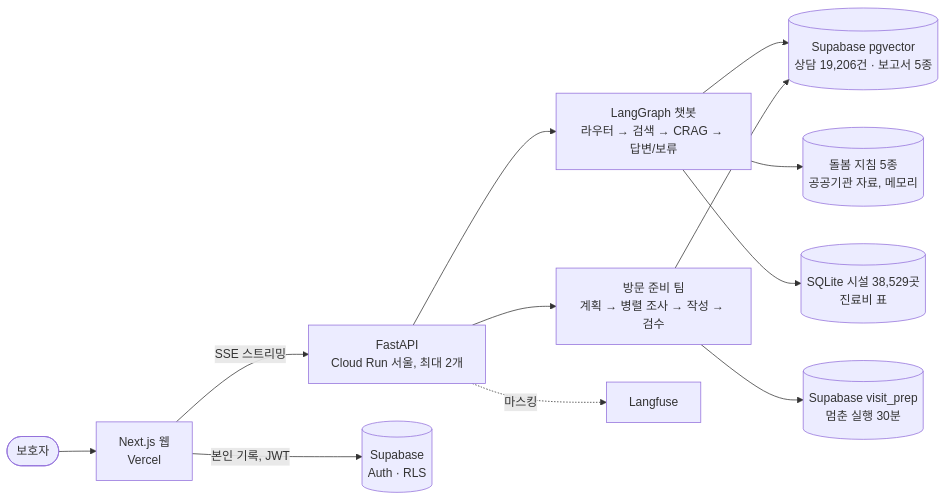
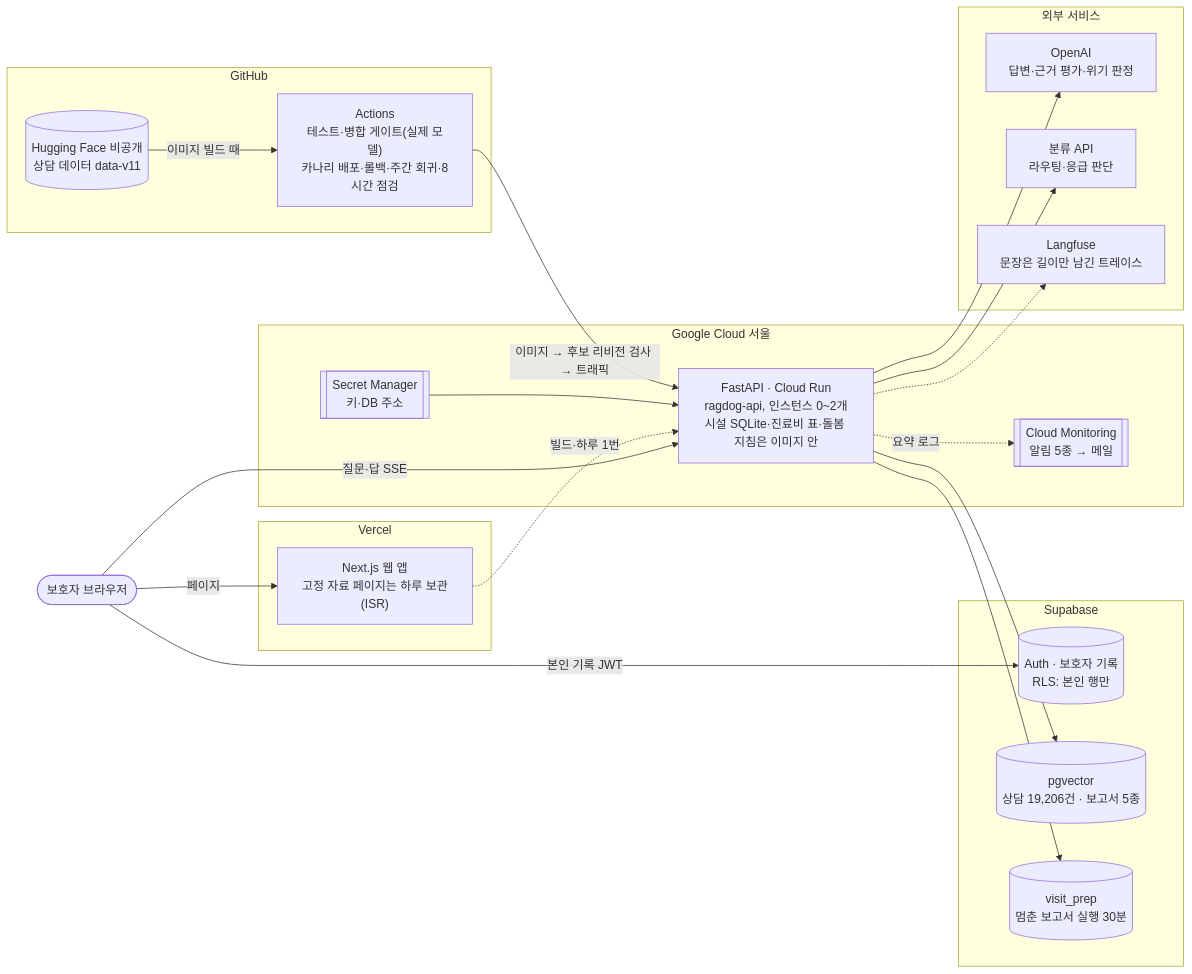
One commit to rndigkwk/dograg changed the first of 2 diagrams in README.md. Above: the diagram before and after it, drawn with Mermaid. The commit also changed other lines of this file, not shown here.

Commit message:
docs(readme): the whole system and the API's rails and graph as two diagrams

````diff
--- a/README.md
+++ b/README.md
@@ -40,14 +42,39 @@
 ```mermaid
 flowchart LR
-  U([보호자]) --> W[Next.js 웹<br/>Vercel]
-  W -->|SSE 스트리밍| A[FastAPI<br/>Cloud Run 서울, 최대 2개]
-  W -->|본인 기록, JWT| S[(Supabase<br/>Auth · RLS)]
-  A --> G[LangGraph 챗봇<br/>라우터 → 검색 → CRAG → 답변/보류]
-  A --> T[방문 준비 팀<br/>계획 → 병렬 조사 → 작성 → 검수]
-  G --> V[(Supabase pgvector<br/>상담 19,206건 · 보고서 5종)]
-  G --> D[(돌봄 지침 5종<br/>공공기관 자료, 메모리)]
-  G --> P[(SQLite 시설 38,529곳<br/>진료비 표)]
-  T --> V
-  T --> C[(Supabase visit_prep<br/>멈춘 실행 30분)]
-  A -. 마스킹 .-> L[Langfuse]
+  U(["보호자 브라우저"])
+  subgraph VERCEL["Vercel"]
+    W["Next.js 웹 앱<br/>고정 자료 페이지는 하루 보관(ISR)"]
+  end
+  subgraph GCP["Google Cloud 서울"]
+    A["FastAPI · Cloud Run<br/>ragdog-api, 인스턴스 0~2개<br/>시설 SQLite·진료비 표·돌봄 지침은 이미지 안"]
+    SM[["Secret Manager<br/>키·DB 주소"]]
+    MON[["Cloud Monitoring<br/>알림 5종 → 메일"]]
+  end
+  subgraph SB["Supabase"]
+    AU[("Auth · 보호자 기록<br/>RLS: 본인 행만")]
+    PG[("pgvector<br/>상담 19,206건 · 보고서 5종")]
+    VP[("visit_prep<br/>멈춘 보고서 실행 30분")]
+  end
+  subgraph EXT["외부 서비스"]
+    OAI["OpenAI<br/>답변·근거 평가·위기 판정"]
+    DEC["분류 API<br/>라우팅·응급 판단"]
+    LF["Langfuse<br/>문장은 길이만 남긴 트레이스"]
+  end
+  subgraph GH["GitHub"]
+    GA["Actions<br/>테스트·병합 게이트(실제 모델)<br/>카나리 배포·롤백·주간 회귀·8시간 점검"]
+    HF[("Hugging Face 비공개<br/>상담 데이터 data-v11")]
+  end
+  U -->|"페이지"| W
+  U -->|"질문·답 SSE"| A
+  U -->|"본인 기록 JWT"| AU
+  W -.->|"빌드·하루 1번"| A
+  A --> PG
+  A --> VP
+  A --> OAI
+  A --> DEC
+  A -.-> LF
+  SM --> A
+  A -.->|"요약 로그"| MON
+  HF -->|"이미지 빌드 때"| GA
+  GA -->|"이미지 → 후보 리비전 검사 → 트래픽"| A
 ```
````
